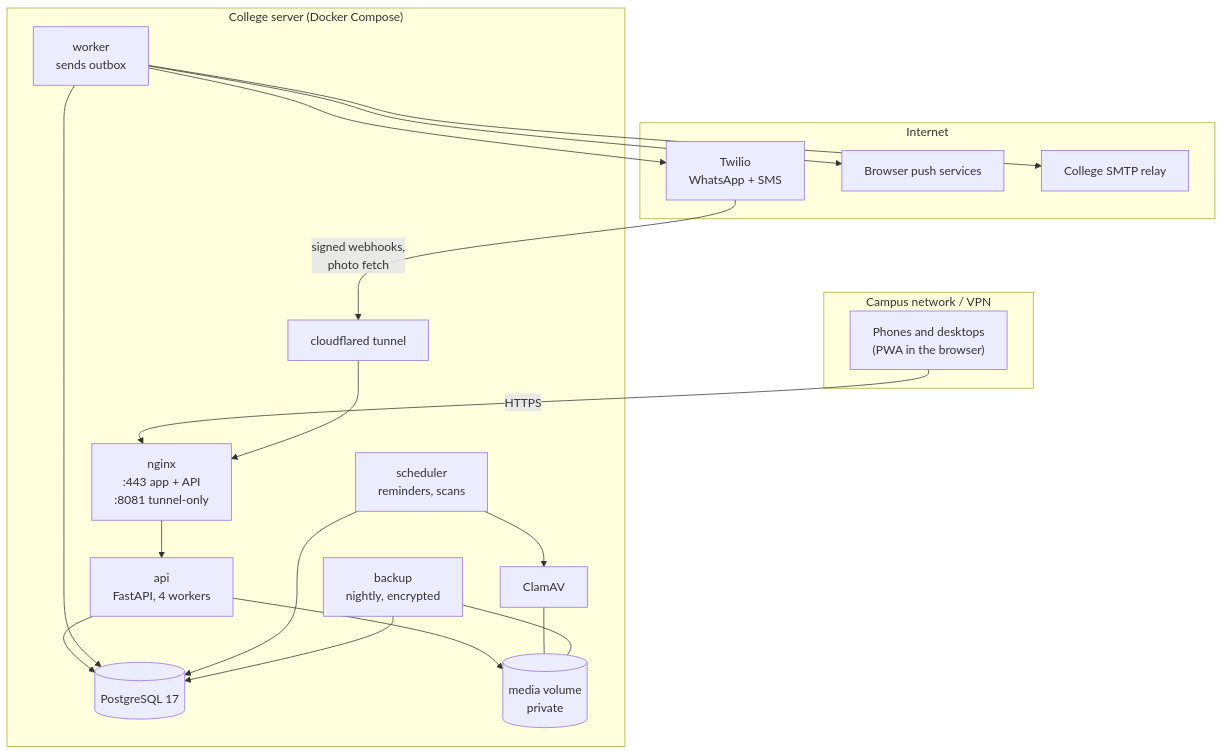
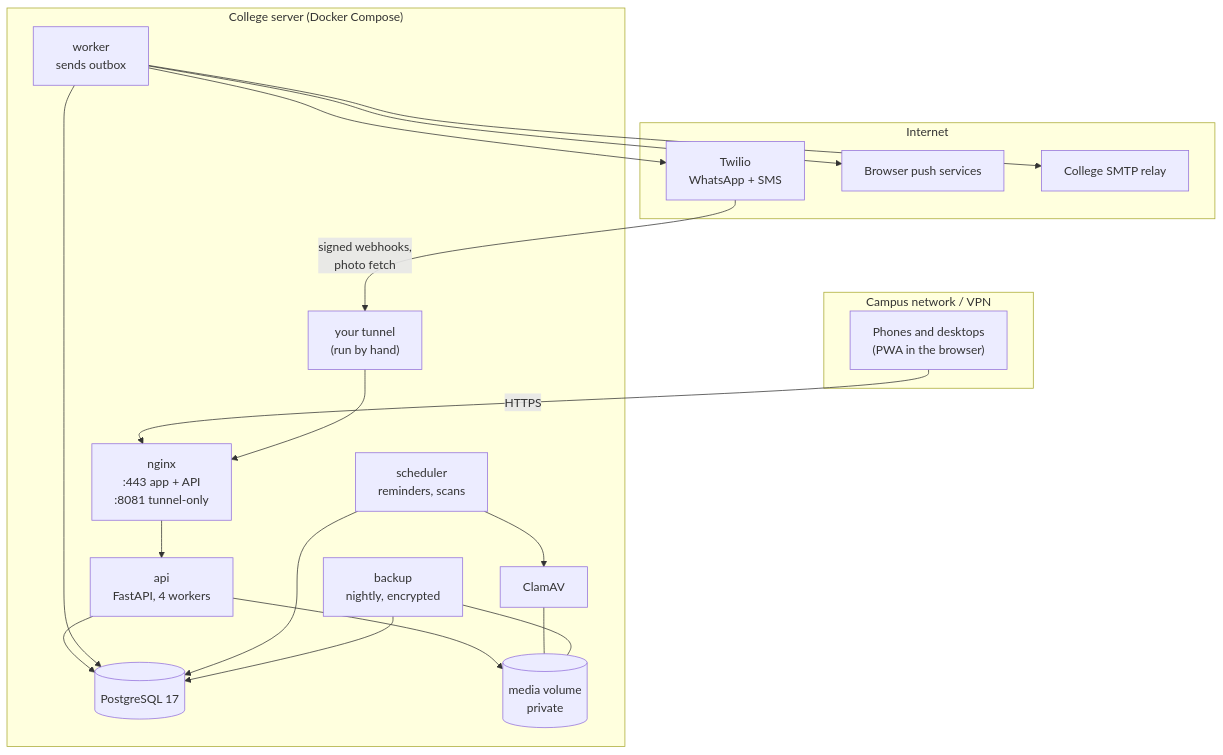
The first of 5 diagrams in docs/ARCHITECTURE.md (OSSC-DBIT/pcms), drawn with Mermaid before and after one commit. The commit also changed other lines of this file and 71 other files, not shown here.

````diff
--- a/docs/ARCHITECTURE.md
+++ b/docs/ARCHITECTURE.md
@@ -5,36 +5,36 @@
 ```mermaid
 flowchart TB
     subgraph Campus["Campus network / VPN"]
         U["Phones and desktops<br/>(PWA in the browser)"]
     end
     subgraph Host["College server (Docker Compose)"]
         N["nginx<br/>:443 app + API<br/>:8081 tunnel-only"]
         A["api<br/>FastAPI, 4 workers"]
         W["worker<br/>sends outbox"]
         S["scheduler<br/>reminders, scans"]
         DB[("PostgreSQL 17")]
         MV[("media volume<br/>private")]
         C["ClamAV"]
         B["backup<br/>nightly, encrypted"]
-        T["cloudflared tunnel"]
+        T["your tunnel<br/>(run by hand)"]
     end
     subgraph Internet
         TW["Twilio<br/>WhatsApp + SMS"]
         PS["Browser push services"]
         SM["College SMTP relay"]
     end
     U -- HTTPS --> N
     N --> A
     A --> DB
     A --> MV
     W --> DB
     S --> DB
     S --> C
     C --- MV
     W --> TW
     W --> PS
     W --> SM
     TW -- "signed webhooks,<br/>photo fetch" --> T --> N
     B --> DB
     B --- MV
 ```
````
